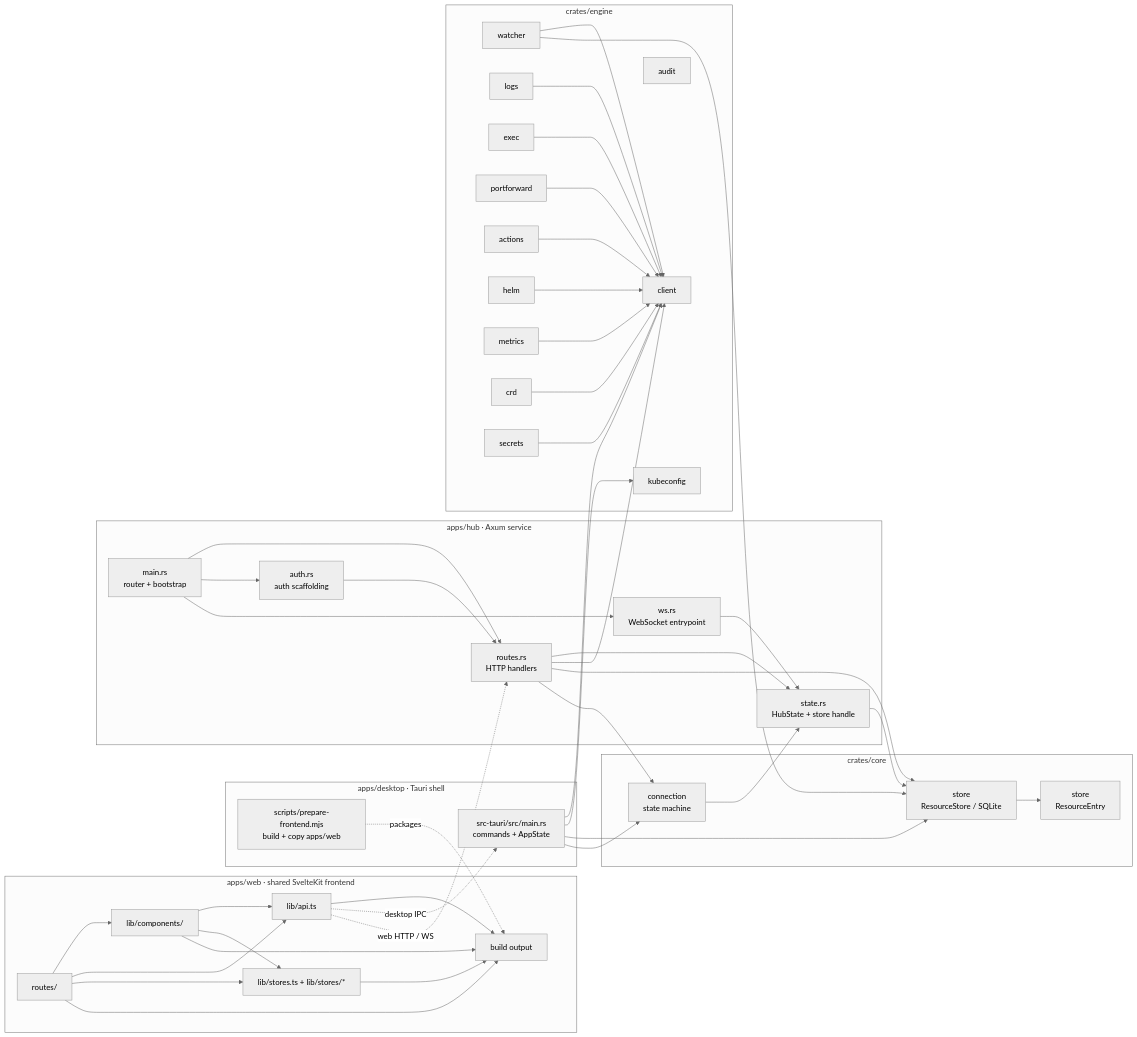
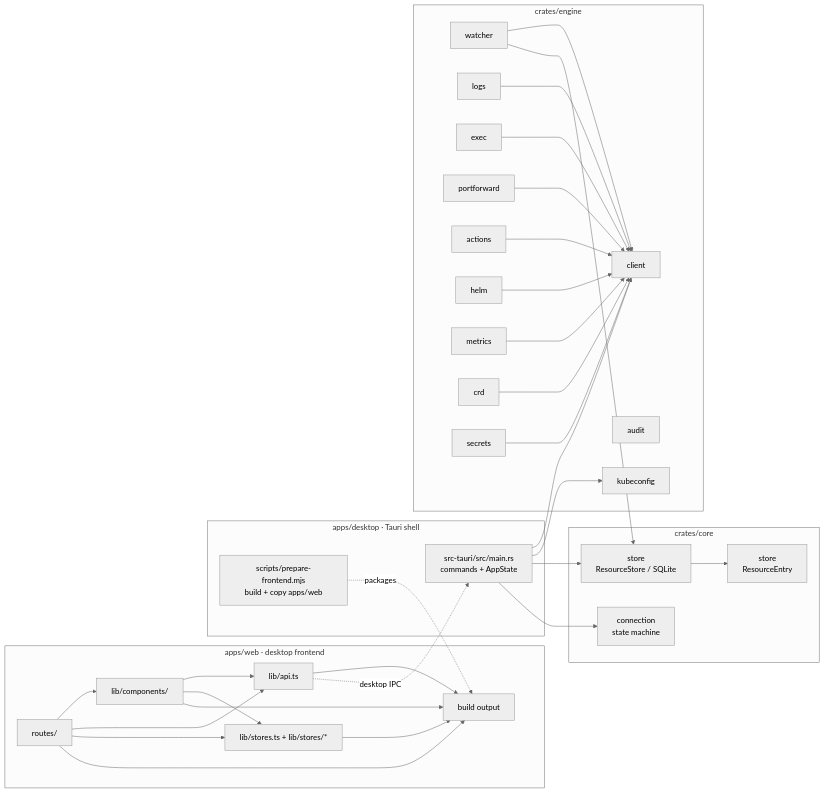
One commit to adamdost-0/Telescope changed the second of 4 diagrams in docs/diagrams/architecture.md. Above: the diagram before and after it, drawn with Mermaid (neutral theme). The commit also changed other lines of this file and 35 other files, not shown here.

First line of the commit message:
refactor: remove Hub/web mode — desktop-only focus

````diff
--- a/docs/diagrams/architecture.md
+++ b/docs/diagrams/architecture.md
@@ -47,6 +37,6 @@
 ```mermaid
 flowchart LR
-    subgraph web["apps/web · shared SvelteKit frontend"]
+    subgraph web["apps/web · desktop frontend"]
         routes["routes/"]
         components["lib/components/"]
         api["lib/api.ts"]
@@ -67,20 +57,6 @@
     subgraph desktop["apps/desktop · Tauri shell"]
         prepare["scripts/prepare-frontend.mjs<br/>build + copy apps/web"]
         tauriMain["src-tauri/src/main.rs<br/>commands + AppState"]
-    end
-
-    subgraph hubApp["apps/hub · Axum service"]
-        hubMain["main.rs<br/>router + bootstrap"]
-        hubRoutes["routes.rs<br/>HTTP handlers"]
-        hubAuth["auth.rs<br/>auth scaffolding"]
-        hubWs["ws.rs<br/>WebSocket entrypoint"]
-        hubState["state.rs<br/>HubState + store handle"]
-
-        hubMain --> hubRoutes
-        hubMain --> hubAuth
-        hubMain --> hubWs
-        hubRoutes --> hubState
-        hubWs --> hubState
     end
 
     subgraph engineCrate["crates/engine"]
@@ -118,18 +94,10 @@
 
     prepare -. packages .-> webBuild
     api -. desktop IPC .-> tauriMain
-    api -. web HTTP / WS .-> hubRoutes
 
     tauriMain --> client
     tauriMain --> kubeconfig
     tauriMain --> resourceStore
     tauriMain --> connection
-
-    hubRoutes --> client
-    hubRoutes --> resourceStore
-    hubRoutes --> connection
-    hubAuth --> hubRoutes
-    hubState --> resourceStore
-    connection --> hubState
     watcher --> resourceStore
 ```
````
